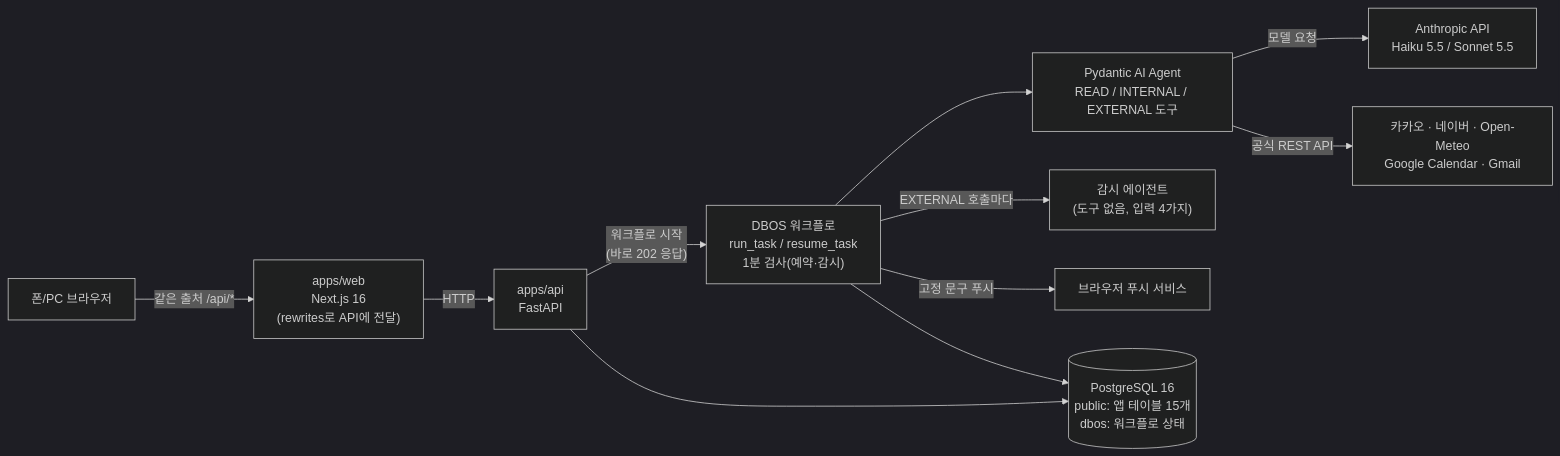
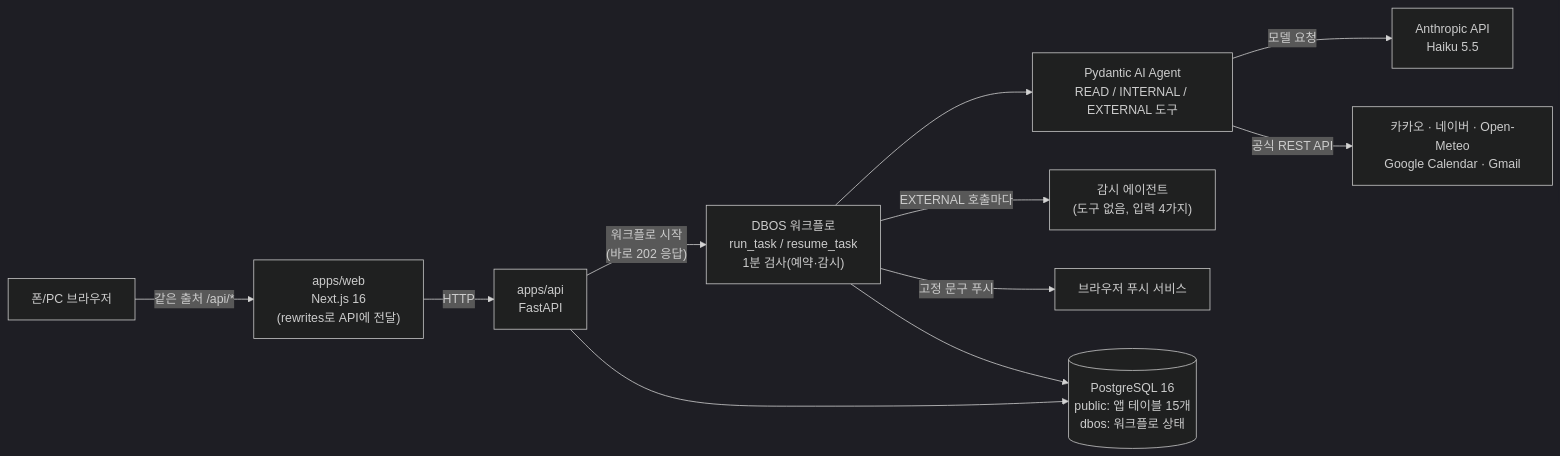
Before and after one commit to chogyuseong/CGS-guseong-AI-Agent: the first of 2 diagrams in README.md, drawn with Mermaid (dark theme). The commit also changed other lines of this file and 14 other files, not shown here.

````diff
--- a/README.md
+++ b/README.md
@@ -76,13 +76,13 @@
 ```mermaid
 flowchart LR
     B["폰/PC 브라우저"] -->|"같은 출처 /api/*"| W["apps/web<br/>Next.js 16<br/>(rewrites로 API에 전달)"]
     W -->|"HTTP"| A["apps/api<br/>FastAPI"]
     A -->|"워크플로 시작<br/>(바로 202 응답)"| D["DBOS 워크플로<br/>run_task / resume_task<br/>1분 검사(예약·감시)"]
     D --> G["Pydantic AI Agent<br/>READ / INTERNAL / EXTERNAL 도구"]
-    G -->|"모델 요청"| M["Anthropic API<br/>Haiku 5.5 / Sonnet 5.5"]
+    G -->|"모델 요청"| M["Anthropic API<br/>Haiku 5.5"]
     G -->|"공식 REST API"| X["카카오 · 네이버 · Open-Meteo<br/>Google Calendar · Gmail"]
     D -->|"EXTERNAL 호출마다"| S["감시 에이전트<br/>(도구 없음, 입력 4가지)"]
     D -->|"고정 문구 푸시"| P["브라우저 푸시 서비스"]
     A --> DB[("PostgreSQL 16<br/>public: 앱 테이블 15개<br/>dbos: 워크플로 상태")]
     D --> DB
 ```
````
